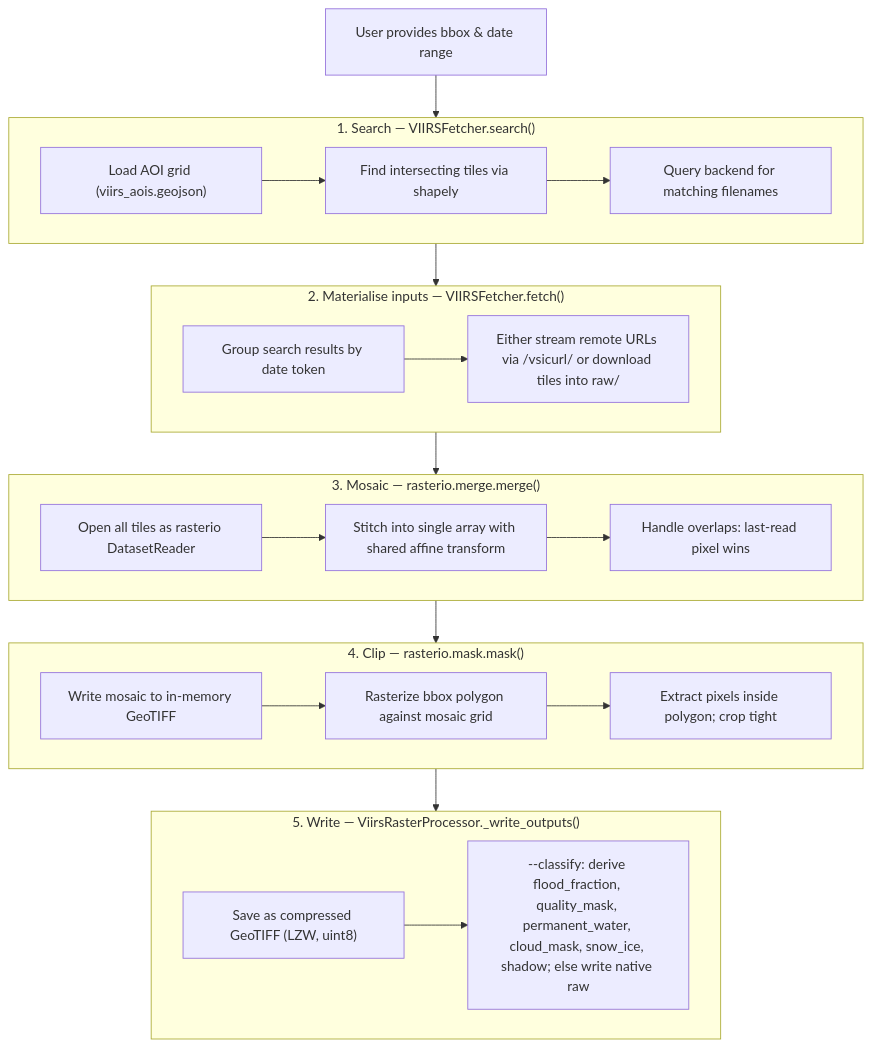
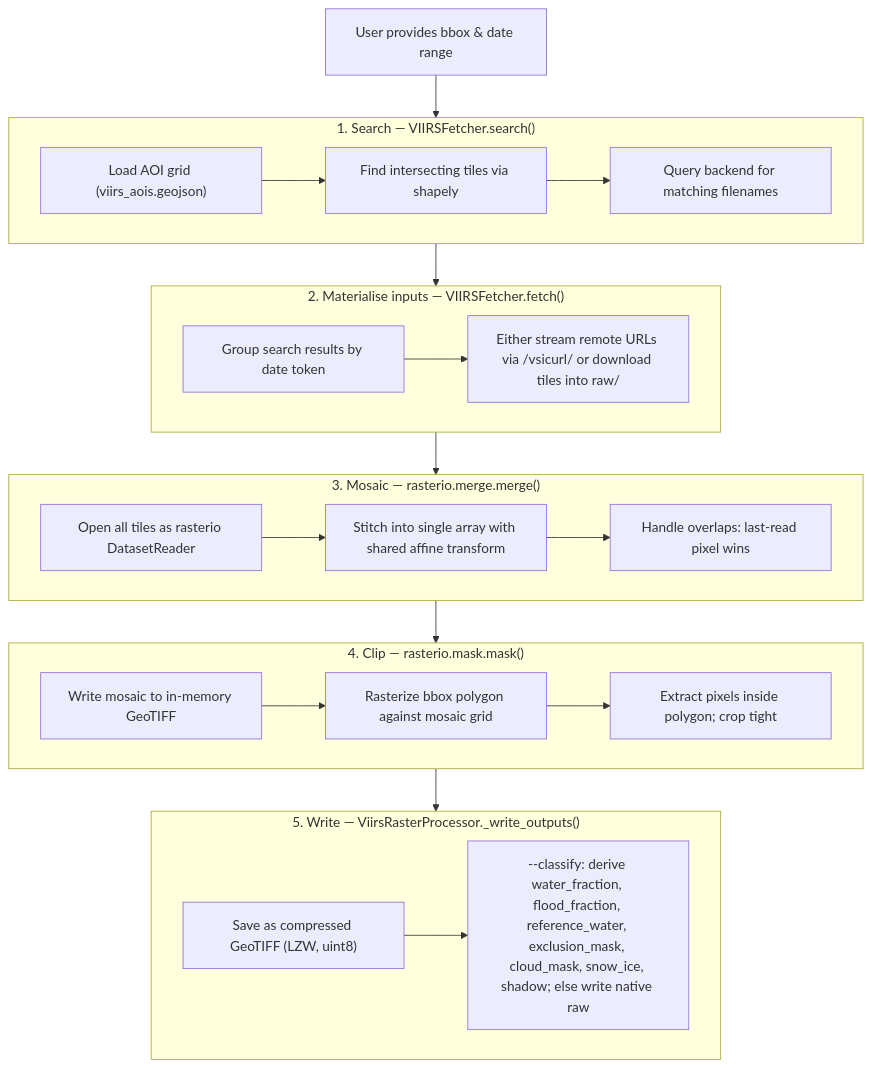
Before and after one commit to opageo/atlantis: the diagram in docs/viirs/internals.md, drawn with Mermaid. The commit also changed other lines of this file and 20 other files, not shown here.

First line of the commit message:
docs: update all documentation for layer rename, water_fraction, and GFM bands

````diff
--- a/docs/viirs/internals.md
+++ b/docs/viirs/internals.md
@@ -36,36 +36,36 @@
 ```mermaid
 flowchart TD
     A["User provides bbox & date range"] --> B
     subgraph B["1. Search — VIIRSFetcher.search()"]
         B1["Load AOI grid (viirs_aois.geojson)"]
         B2["Find intersecting tiles via shapely"]
         B3["Query backend for matching filenames"]
         B1 --> B2 --> B3
     end
     B --> C
     subgraph C["2. Materialise inputs — VIIRSFetcher.fetch()"]
         C1["Group search results by date token"]
         C2["Either stream remote URLs via /vsicurl/ or download tiles into raw/"]
         C1 --> C2
     end
     C --> D
     subgraph D["3. Mosaic — rasterio.merge.merge()"]
         D1["Open all tiles as rasterio DatasetReader"]
         D2["Stitch into single array with shared affine transform"]
         D3["Handle overlaps: last-read pixel wins"]
         D1 --> D2 --> D3
     end
     D --> E
     subgraph E["4. Clip — rasterio.mask.mask()"]
         E1["Write mosaic to in-memory GeoTIFF"]
         E2["Rasterize bbox polygon against mosaic grid"]
         E3["Extract pixels inside polygon; crop tight"]
         E1 --> E2 --> E3
     end
     E --> F
     subgraph F["5. Write — ViirsRasterProcessor._write_outputs()"]
         F1["Save as compressed GeoTIFF (LZW, uint8)"]
-        F2["--classify: derive flood_fraction, quality_mask, permanent_water, cloud_mask, snow_ice, shadow; else write native raw"]
+        F2["--classify: derive water_fraction, flood_fraction, reference_water, exclusion_mask, cloud_mask, snow_ice, shadow; else write native raw"]
         F1 --> F2
     end
 ```
````
